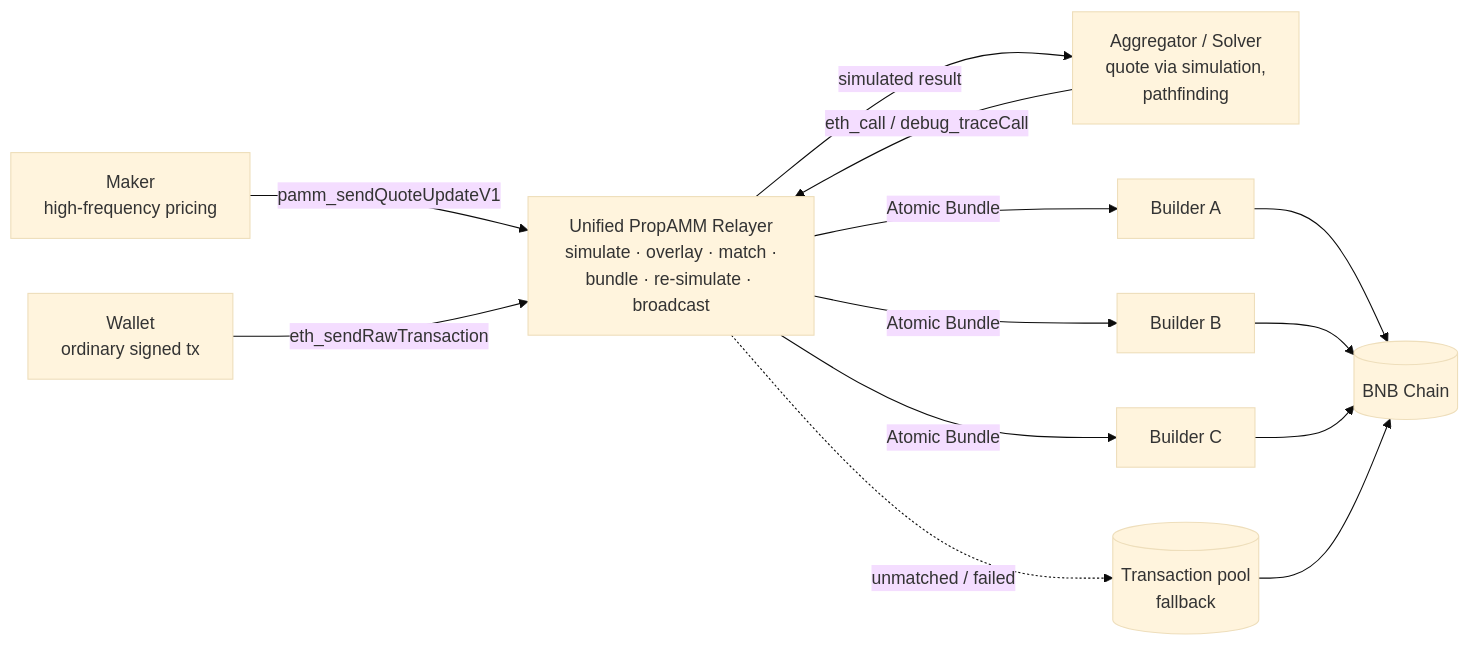
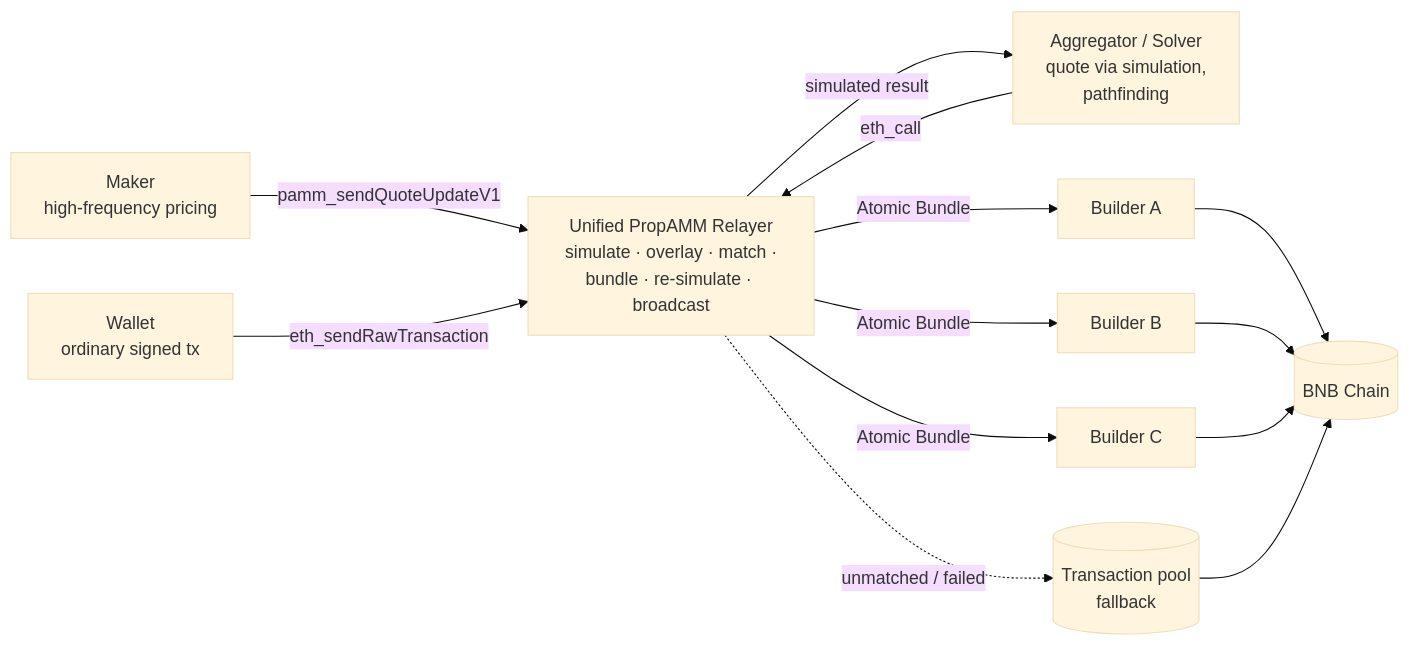
The first of 2 diagrams in BAPs/BAP-710.md (bnb-chain/BEPs), drawn with Mermaid (base theme) before and after one commit. The commit also changed other lines of this file and 1 other file, not shown here.

Commit message:
docs: remove debug_traceCall references and list BAP-710 (#721)

````diff
--- a/BAPs/BAP-710.md
+++ b/BAPs/BAP-710.md
@@ -104,25 +104,25 @@
 ```mermaid
 flowchart LR
     M[Maker<br/>high-frequency pricing]
     W[Wallet<br/>ordinary signed tx]
     S[Aggregator / Solver<br/>quote via simulation,<br/>pathfinding]
     R[Unified PropAMM Relayer<br/>simulate · overlay · match ·<br/>bundle · re-simulate · broadcast]
     P[(Transaction pool<br/>fallback)]
     BA[Builder A]
     BB[Builder B]
     BC[Builder C]
     C[(BNB Chain)]
 
     M -->|pamm_sendQuoteUpdateV1| R
-    S -->|eth_call / debug_traceCall| R
+    S -->|eth_call| R
     R -->|simulated result| S
     W -->|eth_sendRawTransaction| R
     R -->|Atomic Bundle| BA
     R -->|Atomic Bundle| BB
     R -->|Atomic Bundle| BC
     R -.->|unmatched / failed| P
     BA --> C
     BB --> C
     BC --> C
     P --> C
 ```
````
